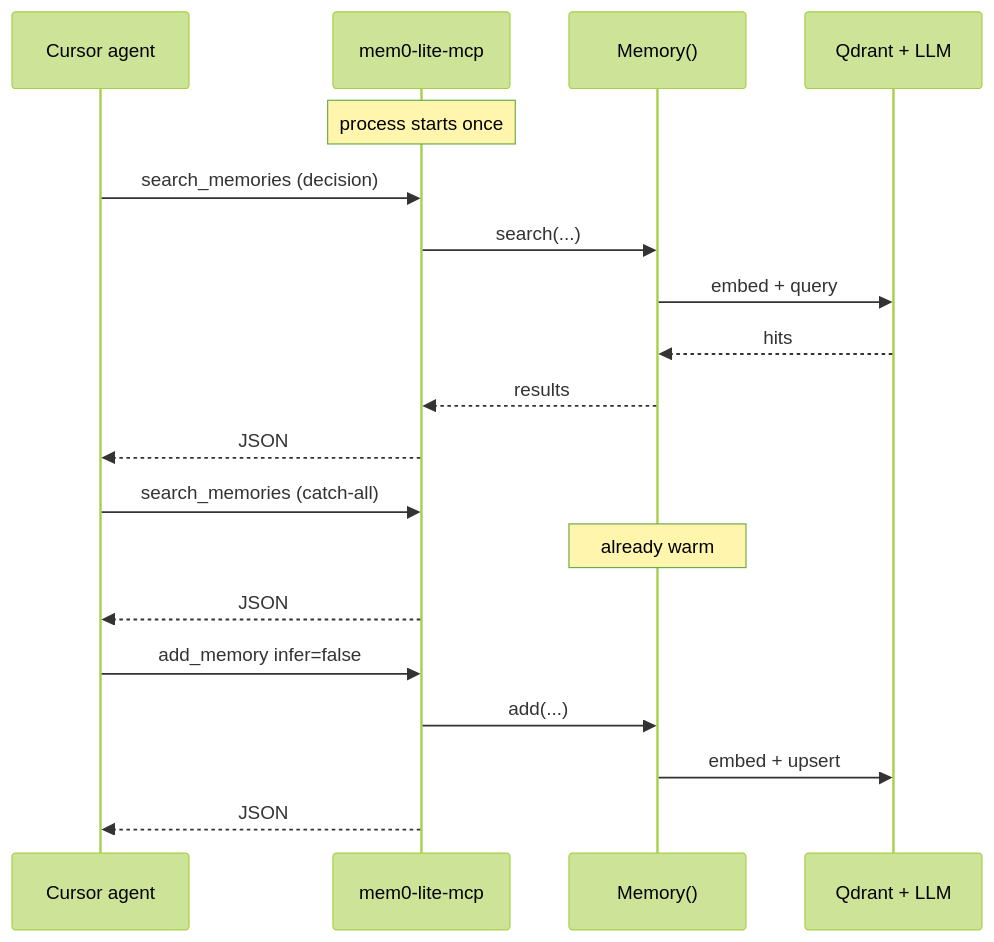
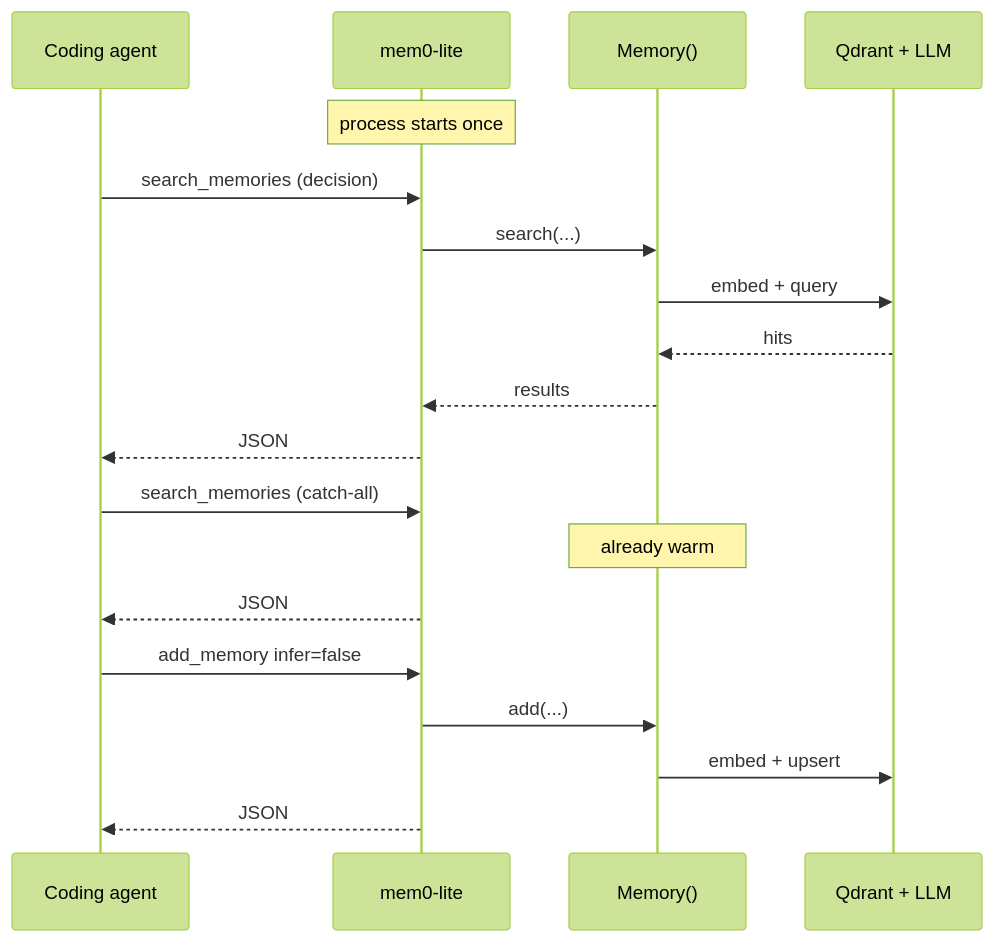
Before and after one commit to bdombro/mem0-lite: the second of 3 diagrams in docs/architecture.md, drawn with Mermaid (forest theme). The commit also changed other lines of this file and 20 other files, not shown here.

````diff
--- a/docs/architecture.md
+++ b/docs/architecture.md
@@ -33,22 +33,22 @@
 ```mermaid
 sequenceDiagram
-  participant C as Cursor agent
-  participant S as mem0-lite-mcp
+  participant C as Coding agent
+  participant S as mem0-lite
   participant M as Memory()
   participant V as Qdrant + LLM
 
   Note over S: process starts once
   C->>S: search_memories (decision)
   S->>M: search(...)
   M->>V: embed + query
   V-->>M: hits
   M-->>S: results
   S-->>C: JSON
   C->>S: search_memories (catch-all)
   Note over M: already warm
   S-->>C: JSON
   C->>S: add_memory infer=false
   S->>M: add(...)
   M->>V: embed + upsert
   S-->>C: JSON
 ```
````
